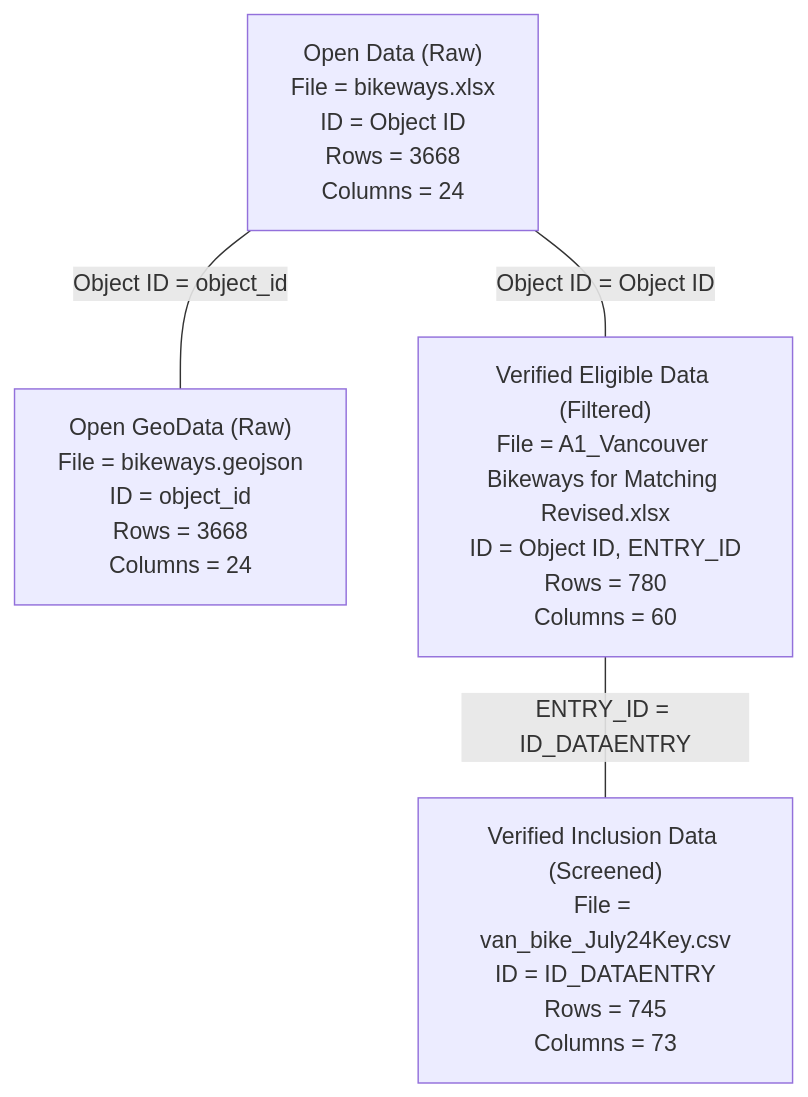
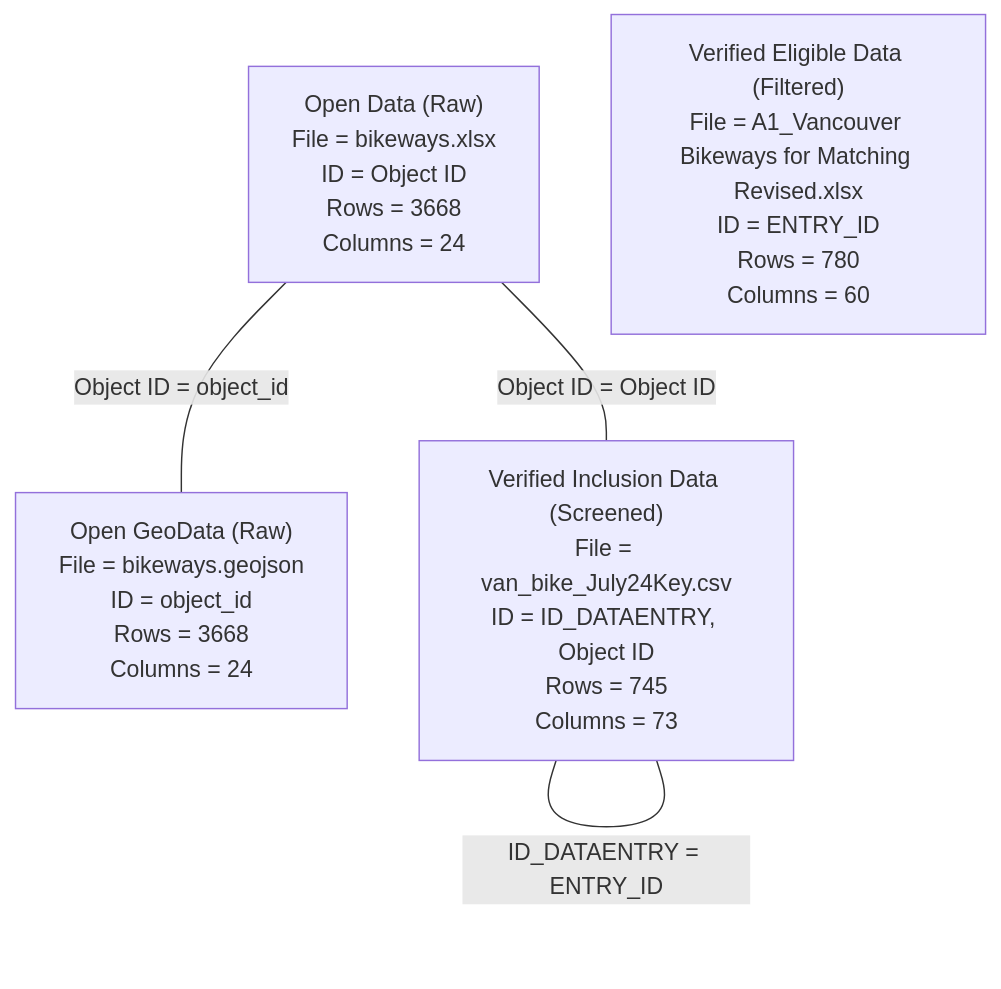
The diagram in data/raw/vancouver/README.md (rrwen/recovr-infracycle), drawn with Mermaid before and after one commit.

Commit message:
Revise vanc raw diag

````diff
--- a/data/raw/vancouver/README.md
+++ b/data/raw/vancouver/README.md
@@ -25,11 +25,11 @@
 ```mermaid
 graph TD
 
 city["Open Data (Raw)<br>File = bikeways.xlsx<br>ID = Object ID<br>Rows = 3668<br>Columns = 24"]
 citygeo["Open GeoData (Raw)<br>File = bikeways.geojson<br>ID = object_id<br>Rows = 3668<br>Columns = 24"]
-entry["Verified Eligible Data (Filtered)<br>File = A1_Vancouver Bikeways for Matching Revised.xlsx<br>ID = Object ID, ENTRY_ID<br>Rows = 780<br>Columns = 60"]
-processed["Verified Inclusion Data (Screened)<br>File = van_bike_July24Key.csv<br>ID = ID_DATAENTRY<br>Rows = 745<br>Columns = 73"]
+entry["Verified Eligible Data (Filtered)<br>File = A1_Vancouver Bikeways for Matching Revised.xlsx<br>ID = ENTRY_ID<br>Rows = 780<br>Columns = 60"]
+processed["Verified Inclusion Data (Screened)<br>File = van_bike_July24Key.csv<br>ID = ID_DATAENTRY, Object ID<br>Rows = 745<br>Columns = 73"]
 
-city --- | Object ID = Object ID | entry --- | ENTRY_ID = ID_DATAENTRY | processed
+city --- | Object ID = Object ID | processed --- | ID_DATAENTRY = ENTRY_ID | processed
 city --- | Object ID = object_id | citygeo
 ```
````
